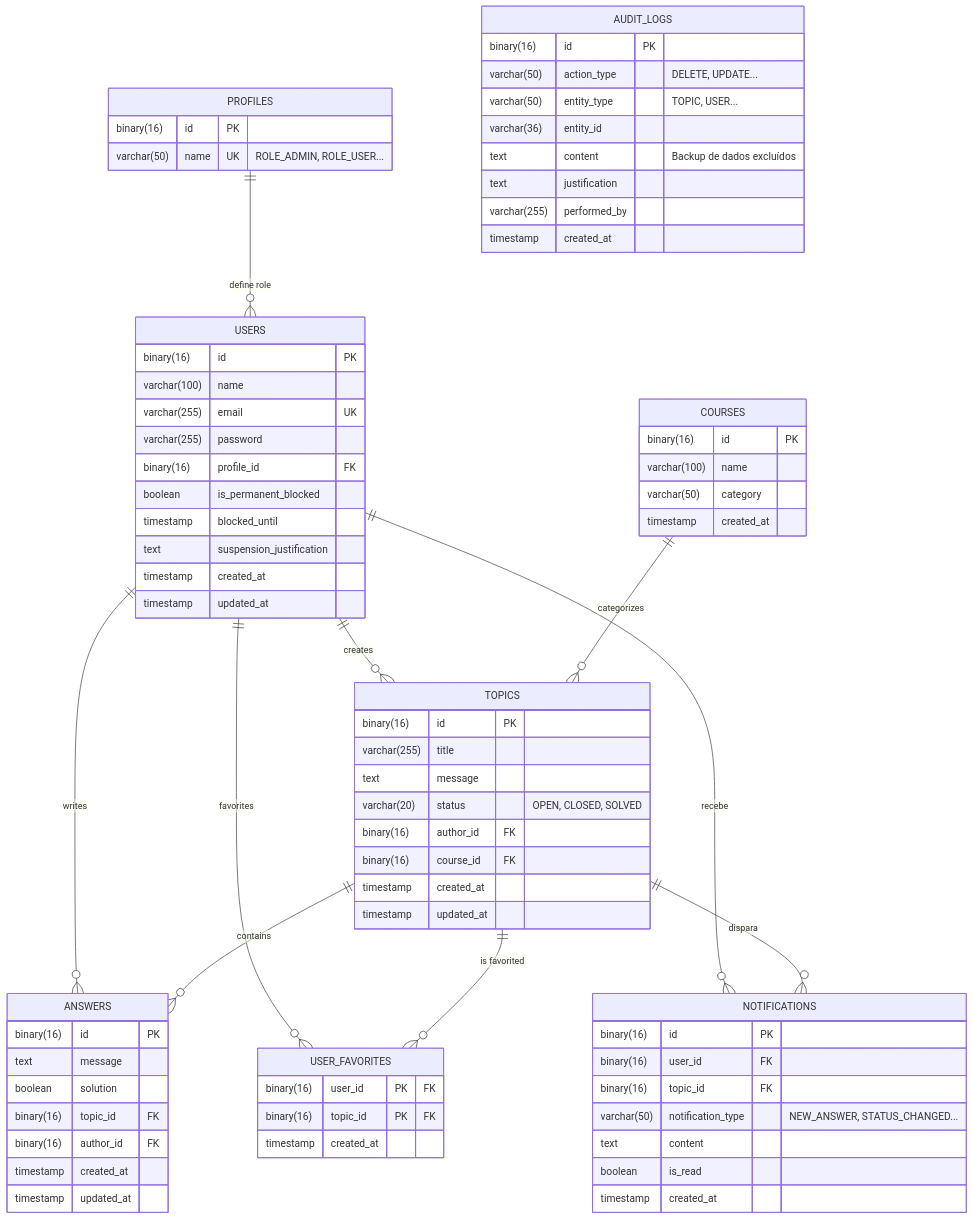
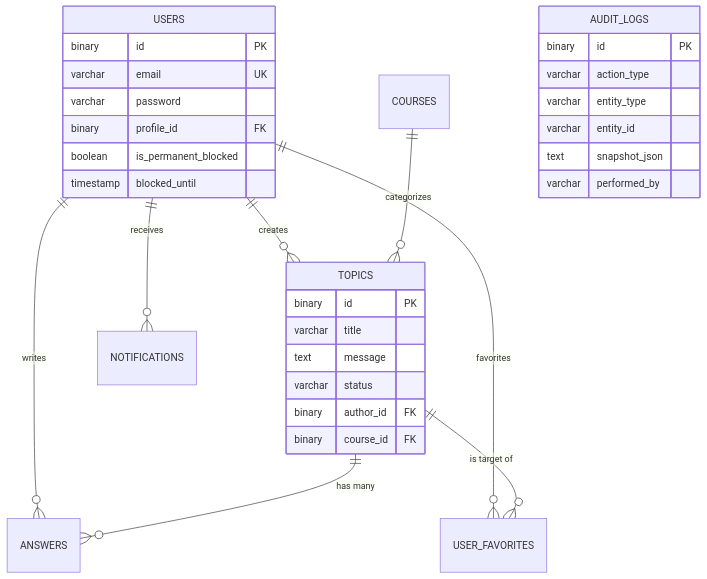
The first of 2 diagrams in docs/pt-br/07-banco-dados.md (DessimA/forum-hub), drawn with Mermaid before and after one commit. The commit also changed other lines of this file and 18 other files, not shown here.

Commit message:
docs: exaustive documentation update with Mermaid diagrams and total PT-BR/EN parity

````diff
--- a/docs/pt-br/07-banco-dados.md
+++ b/docs/pt-br/07-banco-dados.md
@@ -9,85 +9,39 @@
 ```mermaid
 erDiagram
-    PROFILES ||--o{ USERS : "define role"
     USERS ||--o{ TOPICS : creates
     USERS ||--o{ ANSWERS : writes
-    COURSES ||--o{ TOPICS : categorizes
-    TOPICS ||--o{ ANSWERS : contains
+    USERS ||--o{ NOTIFICATIONS : receives
     USERS ||--o{ USER_FAVORITES : favorites
-    TOPICS ||--o{ USER_FAVORITES : "is favorited"
-    USERS ||--o{ NOTIFICATIONS : recebe
-    TOPICS ||--o{ NOTIFICATIONS : dispara
-
-    PROFILES {
-        binary(16) id PK
-        varchar(50) name UK "ROLE_ADMIN, ROLE_USER..."
-    }
-
+    
+    TOPICS ||--o{ ANSWERS : "has many"
+    TOPICS ||--o{ USER_FAVORITES : "is target of"
+    
+    COURSES ||--o{ TOPICS : "categorizes"
+    
     USERS {
-        binary(16) id PK
-        varchar(100) name
-        varchar(255) email UK
-        varchar(255) password
-        binary(16) profile_id FK
+        binary id PK
+        varchar email UK
+        varchar password
+        binary profile_id FK
         boolean is_permanent_blocked
         timestamp blocked_until
-        text suspension_justification
-        timestamp created_at
-        timestamp updated_at
-    }
-
-    USER_FAVORITES {
-        binary(16) user_id PK "FK"
-        binary(16) topic_id PK "FK"
-        timestamp created_at
-    }
-
-    NOTIFICATIONS {
-        binary(16) id PK
-        binary(16) user_id FK
-        binary(16) topic_id FK
-        varchar(50) notification_type "NEW_ANSWER, STATUS_CHANGED..."
-        text content
-        boolean is_read
-        timestamp created_at
-    }
-
-    COURSES {
-        binary(16) id PK
-        varchar(100) name
-        varchar(50) category
-        timestamp created_at
     }
 
     TOPICS {
-        binary(16) id PK
-        varchar(255) title
+        binary id PK
+        varchar title
         text message
-        varchar(20) status "OPEN, CLOSED, SOLVED"
-        binary(16) author_id FK
-        binary(16) course_id FK
-        timestamp created_at
-        timestamp updated_at
-    }
-
-    ANSWERS {
-        binary(16) id PK
-        text message
-        boolean solution
-        binary(16) topic_id FK
-        binary(16) author_id FK
-        timestamp created_at
-        timestamp updated_at
+        varchar status
+        binary author_id FK
+        binary course_id FK
     }
 
     AUDIT_LOGS {
-        binary(16) id PK
-        varchar(50) action_type "DELETE, UPDATE..."
-        varchar(50) entity_type "TOPIC, USER..."
-        varchar(36) entity_id
-        text content "Backup de dados excluídos"
-        text justification
-        varchar(255) performed_by
-        timestamp created_at
+        binary id PK
+        varchar action_type
+        varchar entity_type
+        varchar entity_id
+        text snapshot_json
+        varchar performed_by
     }
 ```
````
